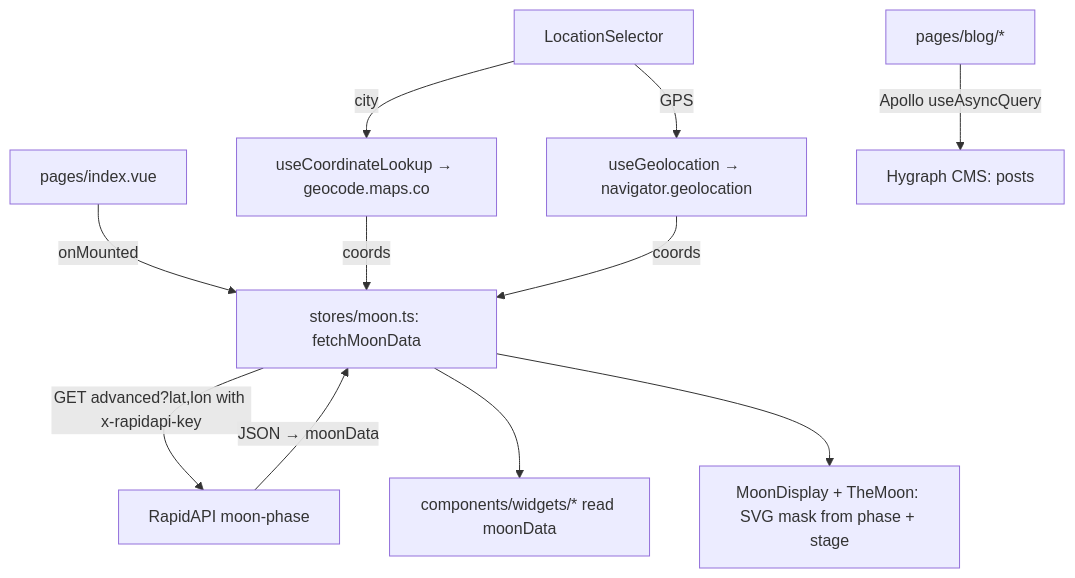
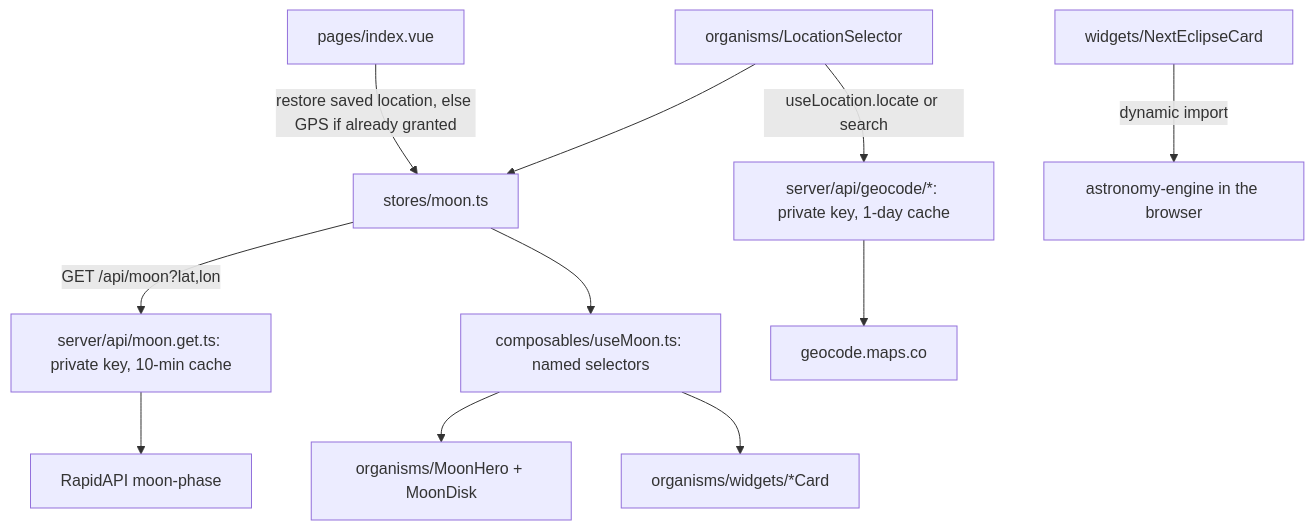
Before and after one commit to Hersh3yy/moon-cal: the first of 2 diagrams in PROJECT.md, drawn with Mermaid. The commit also changed other lines of this file and 157 other files, not shown here.

First line of the commit message:
feat: renew Lunatrack — atomic design, keys behind Nitro routes, prerendered blog, fixed geolocation, local eclipses

````diff
--- a/PROJECT.md
+++ b/PROJECT.md
@@ -60,13 +61,13 @@
 ```mermaid
 flowchart TD
-    Page["pages/index.vue"] -->|"onMounted"| Store["stores/moon.ts: fetchMoonData"]
-    Store -->|"GET advanced?lat,lon with x-rapidapi-key"| Rapid["RapidAPI moon-phase"]
-    Rapid -->|"JSON → moonData"| Store
-    Store --> Widgets["components/widgets/* read moonData"]
-    Store --> Hero["MoonDisplay + TheMoon: SVG mask from phase + stage"]
-    Loc["LocationSelector"] -->|"city"| Geo["useCoordinateLookup → geocode.maps.co"]
-    Loc -->|"GPS"| GPS["useGeolocation → navigator.geolocation"]
-    Geo -->|"coords"| Store
-    GPS -->|"coords"| Store
-    Blog["pages/blog/*"] -->|"Apollo useAsyncQuery"| Hygraph["Hygraph CMS: posts"]
+    Page["pages/index.vue"] -->|"restore saved location, else GPS if already granted"| Store["stores/moon.ts"]
+    Store -->|"GET /api/moon?lat,lon"| MoonRoute["server/api/moon.get.ts: private key, 10-min cache"]
+    MoonRoute --> Rapid["RapidAPI moon-phase"]
+    Store --> UseMoon["composables/useMoon.ts: named selectors"]
+    UseMoon --> Hero["organisms/MoonHero + MoonDisk"]
+    UseMoon --> Cards["organisms/widgets/*Card"]
+    Loc["organisms/LocationSelector"] -->|"useLocation.locate or search"| Geo["server/api/geocode/*: private key, 1-day cache"]
+    Geo --> Maps["geocode.maps.co"]
+    Loc --> Store
+    Eclipse["widgets/NextEclipseCard"] -->|"dynamic import"| Astro["astronomy-engine in the browser"]
 ```
````
